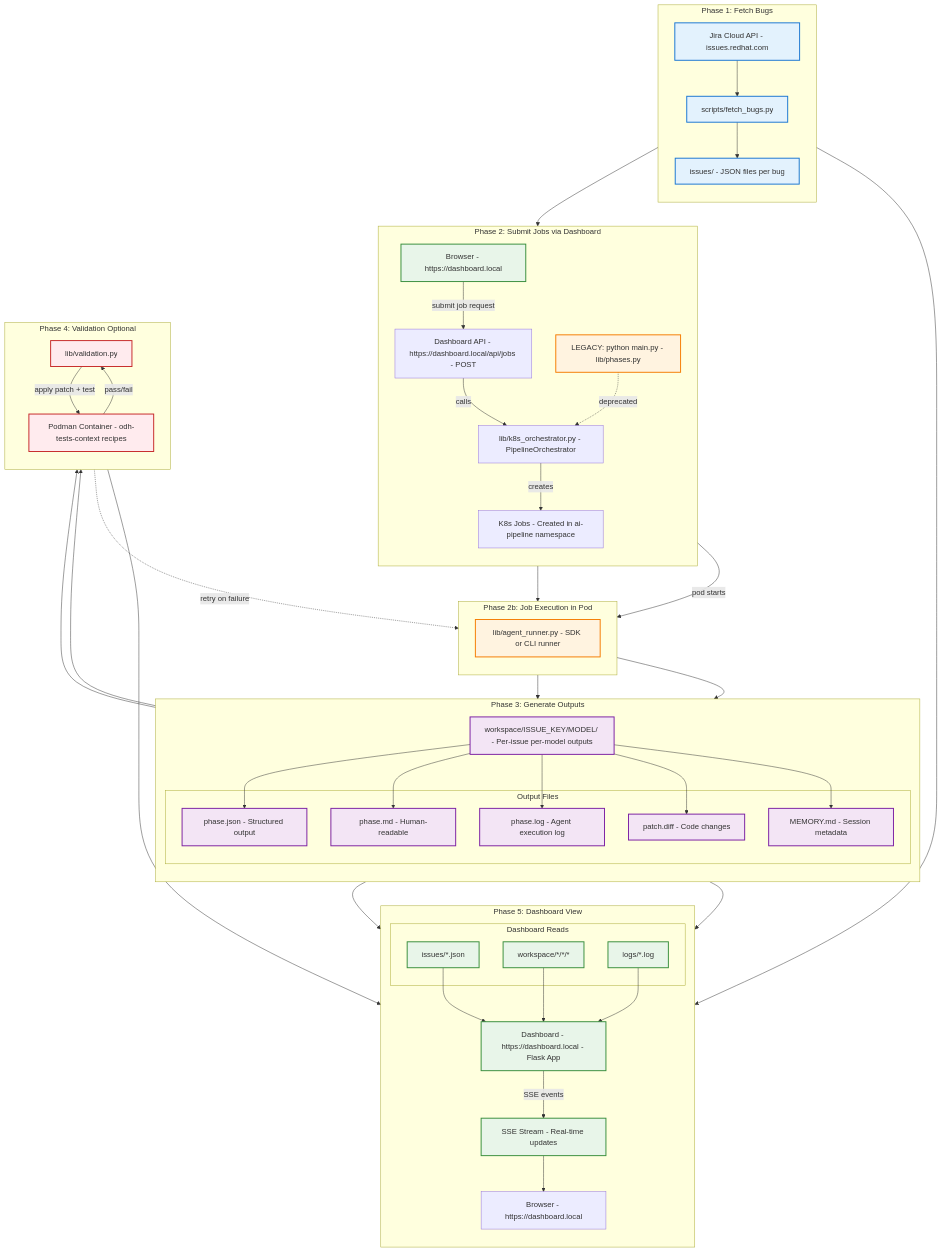
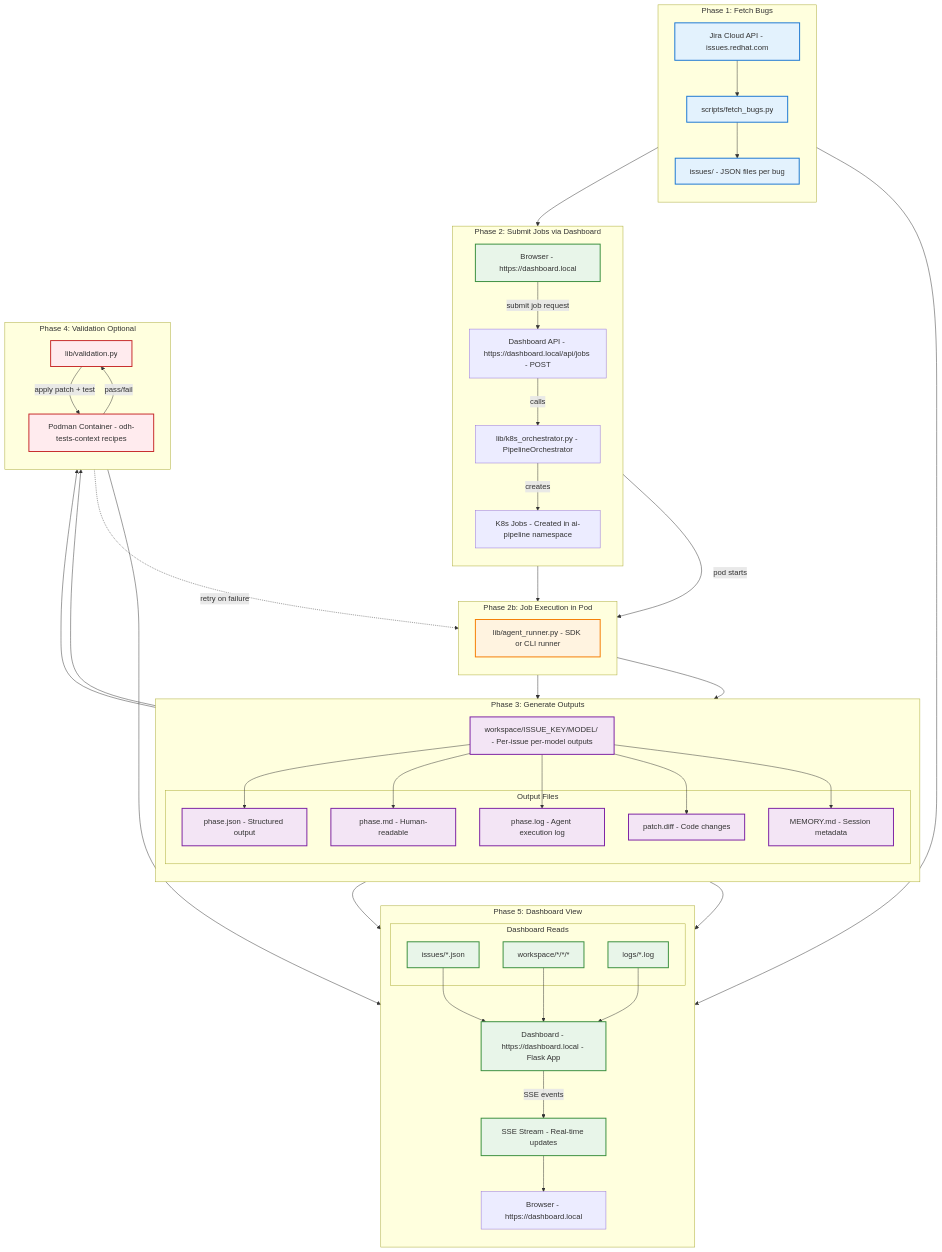
Before and after one commit to jctanner/ai-first-pipeline: the diagram in docs/architecture-data-flow.mmd, drawn with Mermaid. The commit also changed 1 other file, not shown here.

Commit message:
Remove deprecated CLI references from architecture diagrams
main.py ran agents locally using threading/asyncio, not K8s jobs.
It never interacted with the cluster, so removing it from diagrams.

The current workflow is purely web-based:
Browser → Dashboard API → PipelineOrchestrator → K8s Jobs

```diff
--- a/docs/architecture-data-flow.mmd
+++ b/docs/architecture-data-flow.mmd
@@ -1,105 +1,102 @@
 graph TB
     subgraph Phase1["Phase 1: Fetch Bugs"]
         direction TB
         JiraAPI["Jira Cloud API - issues.redhat.com"]
         FetchScript["scripts/fetch_bugs.py"]
         IssuesDir["issues/ - JSON files per bug"]
 
         JiraAPI --> FetchScript
         FetchScript --> IssuesDir
     end
 
     subgraph Phase2["Phase 2: Submit Jobs via Dashboard"]
         direction TB
         Browser["Browser - https://dashboard.local"]
         DashboardAPI["Dashboard API - https://dashboard.local/api/jobs - POST"]
         K8sOrchestrator["lib/k8s_orchestrator.py - PipelineOrchestrator"]
         K8sJobs["K8s Jobs - Created in ai-pipeline namespace"]
 
         Browser -->|submit job request| DashboardAPI
         DashboardAPI -->|calls| K8sOrchestrator
         K8sOrchestrator -->|creates| K8sJobs
-
-        CLI["LEGACY: python main.py - lib/phases.py"]
-        CLI -.->|deprecated| K8sOrchestrator
     end
 
     subgraph Phase2b["Phase 2b: Job Execution in Pod"]
         direction TB
         AgentRunner["lib/agent_runner.py - SDK or CLI runner"]
         K8sJobs -->|pod starts| AgentRunner
     end
 
     subgraph Phase3["Phase 3: Generate Outputs"]
         direction TB
         Workspace["workspace/ISSUE_KEY/MODEL/ - Per-issue per-model outputs"]
 
         subgraph Outputs["Output Files"]
             PhaseJSON["phase.json - Structured output"]
             PhaseMD["phase.md - Human-readable"]
             PhaseLog["phase.log - Agent execution log"]
             PatchDiff["patch.diff - Code changes"]
             MemoryMD["MEMORY.md - Session metadata"]
         end
 
         AgentRunner --> Workspace
         Workspace --> PhaseJSON
         Workspace --> PhaseMD
         Workspace --> PhaseLog
         Workspace --> PatchDiff
         Workspace --> MemoryMD
     end
 
     subgraph Phase4["Phase 4: Validation Optional"]
         direction TB
         ValidationLib["lib/validation.py"]
         PodmanContainer["Podman Container - odh-tests-context recipes"]
 
         PatchDiff --> ValidationLib
         ValidationLib -->|apply patch + test| PodmanContainer
         PodmanContainer -->|pass/fail| ValidationLib
         ValidationLib -.->|retry on failure| AgentRunner
     end
 
     subgraph Phase5["Phase 5: Dashboard View"]
         direction TB
         Dashboard["Dashboard - https://dashboard.local - Flask App"]
         BrowserView["Browser - https://dashboard.local"]
 
         subgraph DashboardData["Dashboard Reads"]
             ReadIssues["issues/*.json"]
             ReadWorkspace["workspace/*/*/*"]
             ReadLogs["logs/*.log"]
         end
 
         SSE["SSE Stream - Real-time updates"]
 
         IssuesDir --> ReadIssues
         Workspace --> ReadWorkspace
         PhaseLog --> ReadLogs
 
         ReadIssues --> Dashboard
         ReadWorkspace --> Dashboard
         ReadLogs --> Dashboard
 
         Dashboard -->|SSE events| SSE
         SSE --> BrowserView
     end
 
     IssuesDir --> Phase2
     Phase2 --> Phase2b
     Phase2b --> Phase3
     Phase3 --> Phase4
     Phase4 --> Phase5
 
     classDef fetch fill:#e3f2fd,stroke:#1976d2,stroke-width:2px
     classDef process fill:#fff3e0,stroke:#f57c00,stroke-width:2px
     classDef output fill:#f3e5f5,stroke:#7b1fa2,stroke-width:2px
     classDef validate fill:#ffebee,stroke:#c62828,stroke-width:2px
     classDef view fill:#e8f5e9,stroke:#388e3c,stroke-width:2px
 
     class JiraAPI,FetchScript,IssuesDir fetch
     class CLI,PhasesLib,AgentRunner process
     class Workspace,PhaseJSON,PhaseMD,PhaseLog,PatchDiff,MemoryMD output
     class ValidationLib,PodmanContainer validate
     class Dashboard,Browser,SSE,ReadIssues,ReadWorkspace,ReadLogs view
```
